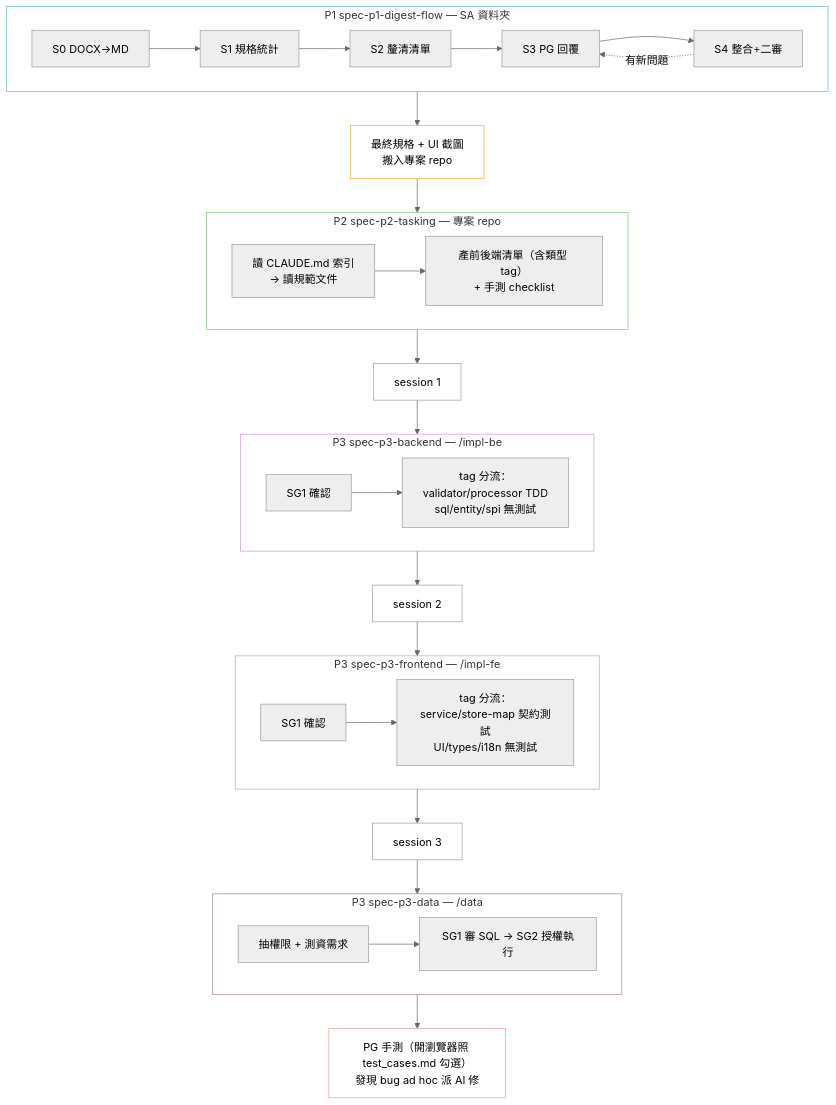
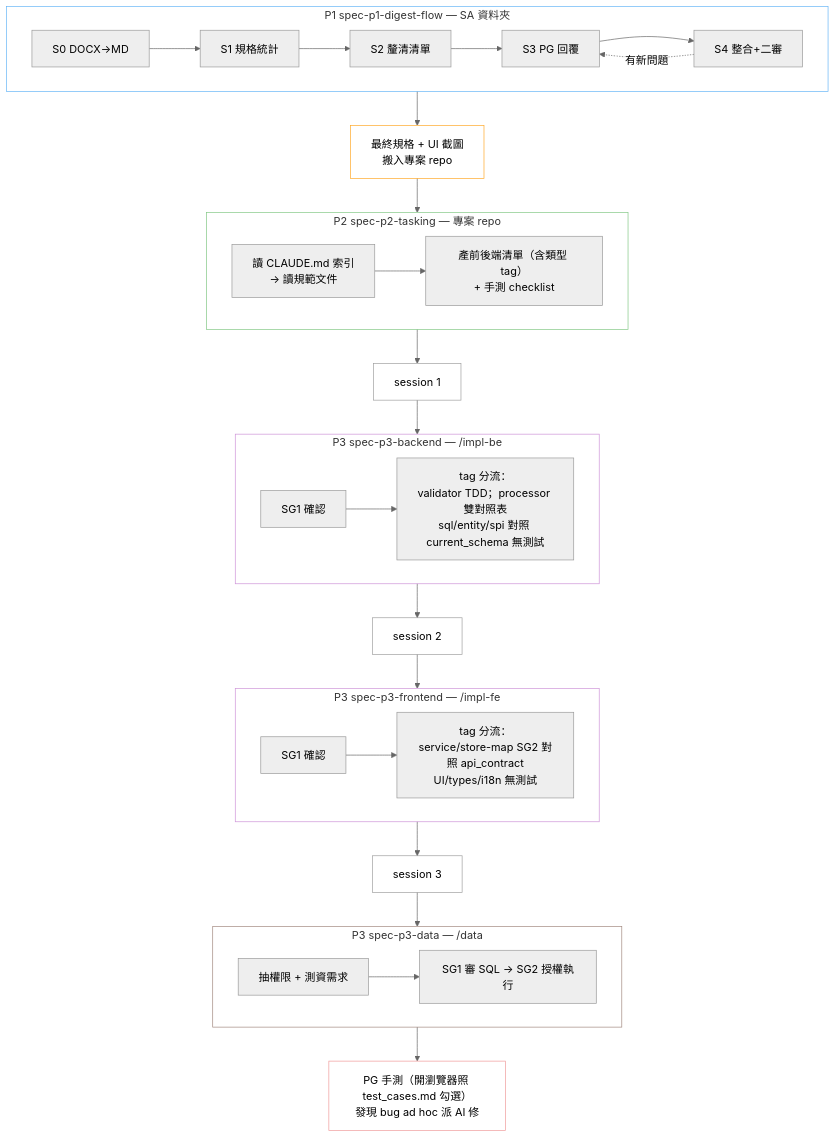
Before and after one commit to brahmsfan-soetek/AiCoding: the diagram in README.md, drawn with Mermaid (neutral theme). The commit also changed other lines of this file and 6 other files, not shown here.

````diff
--- a/README.md
+++ b/README.md
@@ -48,64 +48,64 @@
 ```mermaid
 graph TD
     subgraph P1["P1 spec-p1-digest-flow — SA 資料夾"]
         direction LR
         S0["S0 DOCX→MD"]
         S1["S1 規格統計"]
         S2["S2 釐清清單"]
         S3["S3 PG 回覆"]
         S4["S4 整合+二審"]
         S0 --> S1 --> S2 --> S3 --> S4
         S4 -.有新問題.-> S3
     end
 
     HANDOFF["最終規格 + UI 截圖<br/>搬入專案 repo"]
 
     subgraph P2["P2 spec-p2-tasking — 專案 repo"]
         direction LR
         T1["讀 CLAUDE.md 索引<br/>→ 讀規範文件"]
         T2["產前後端清單（含類型 tag）<br/>+ 手測 checklist"]
         T1 --> T2
     end
 
     SESSION1["session 1"]
 
     subgraph P3BE["P3 spec-p3-backend — /impl-be"]
         direction LR
         BE1["SG1 確認"]
-        BE2["tag 分流：<br/>validator/processor TDD<br/>sql/entity/spi 無測試"]
+        BE2["tag 分流：<br/>validator TDD；processor 雙對照表<br/>sql/entity/spi 對照 current_schema 無測試"]
         BE1 --> BE2
     end
 
     SESSION2["session 2"]
 
     subgraph P3FE["P3 spec-p3-frontend — /impl-fe"]
         direction LR
         FE1["SG1 確認"]
-        FE2["tag 分流：<br/>service/store-map 契約測試<br/>UI/types/i18n 無測試"]
+        FE2["tag 分流：<br/>service/store-map SG2 對照 api_contract<br/>UI/types/i18n 無測試"]
         FE1 --> FE2
     end
 
     SESSION3["session 3"]
 
     subgraph P3DATA["P3 spec-p3-data — /data"]
         direction LR
         D1["抽權限 + 測資需求"]
         D2["SG1 審 SQL → SG2 授權執行"]
         D1 --> D2
     end
 
     MANUAL["PG 手測（開瀏覽器照 test_cases.md 勾選）<br/>發現 bug ad hoc 派 AI 修"]
 
     P1 --> HANDOFF --> P2 --> SESSION1 --> P3BE --> SESSION2 --> P3FE --> SESSION3 --> P3DATA --> MANUAL
 
     style P1 fill:none,stroke:#64b5f6
     style HANDOFF fill:none,stroke:#ffa726
     style P2 fill:none,stroke:#81c784
     style SESSION1 fill:none,stroke:#9e9e9e
     style P3BE fill:none,stroke:#ce93d8
     style SESSION2 fill:none,stroke:#9e9e9e
     style P3FE fill:none,stroke:#ce93d8
     style SESSION3 fill:none,stroke:#9e9e9e
     style P3DATA fill:none,stroke:#a1887f
     style MANUAL fill:none,stroke:#ef9a9a
 ```
````
